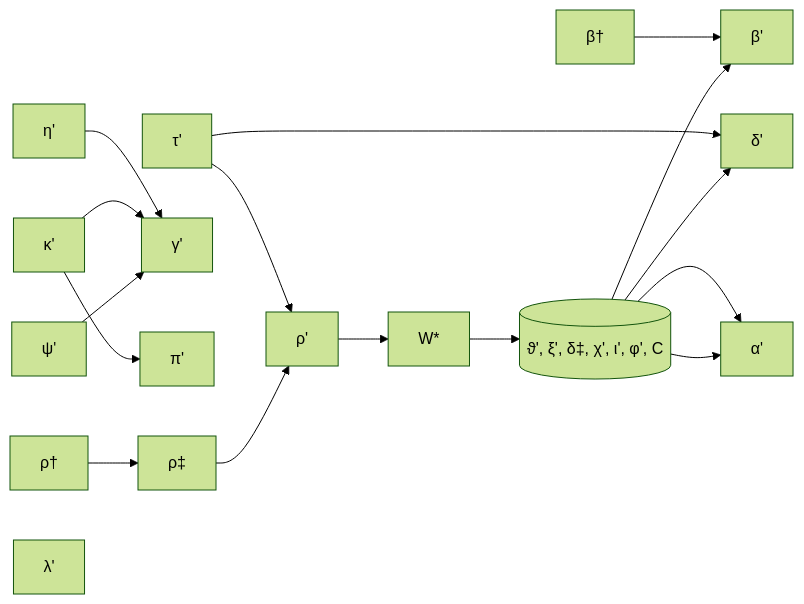
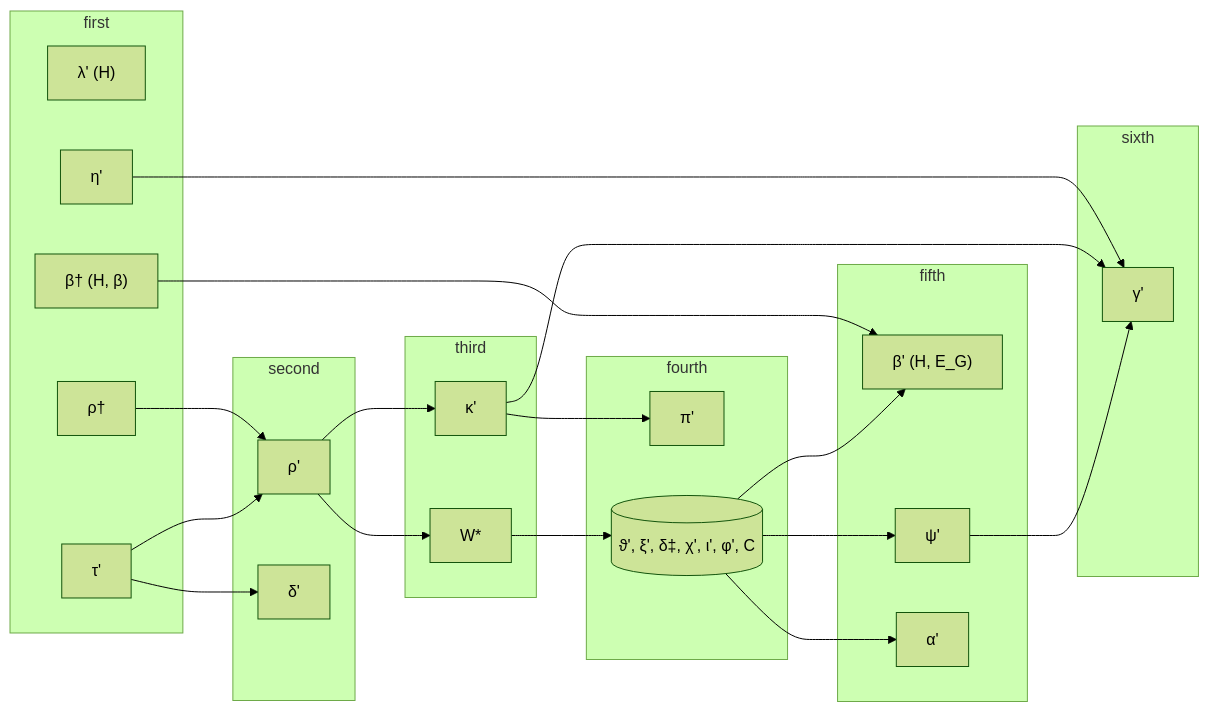
The diagram in crates/core/sync/README.md (spacejamapp/spacejam), drawn with Mermaid (forest theme) before and after one commit. The commit also changed other lines of this file and 4 other files, not shown here.

````diff
--- a/crates/core/sync/README.md
+++ b/crates/core/sync/README.md
@@ -7,55 +10,144 @@
 ```mermaid
-graph LR
-   %% The new timeslot index
-   A[τ'] --> K
-   A --> N
+flowchart LR
+   %% The new block header
+   %% H(H)
+   %% H --> TAU_PRIME
+   %% H --> BETA_DAGGER
+   %% H --> GAMMA_PRIME
+   %% H --> ETA_PRIME
+   %% H --> KAPPA_PRIME
+   %% H --> LAMBDA_PRIME
+   %% H --> OMEGA_PRIME
+
+   %% The accumulation-commitment
+   %% C(C)
+   %% C --> RHO_PRIME
+
+   %% Extrinsic guarantee
+   %% EG[[E_G]]
+   %% EG --> BETA_PRIME
+   %% EG --> RHO_PRIME
+
+   %% Extrinsic Ticket
+   %% ET[[E_T]]
+   %% ET --> GAMMA_PRIME
+   %% ET --> PI_PRIME
+
+   %% The old timeslot index
+   %% TAU((τ))
+   %% TAU --> GAMMA_PRIME
+   %% TAU --> ETA_PRIME
+   %% TAU --> KAPPA_PRIME
+   %% TAU --> LAMBDA_PRIME
+   %% TAU --> PI_PRIME
+
+
+   %% The old block history
+   %% BETA((β))
+   %% BETA --> BETA_DAGGER
+
+   %% The updated TIMESLOTchived validators
+   LAMBDA_PRIME["λ' (H)"]
 
    %% An intermediate value for block history
-   B[β†] --> C
+   BETA_DAGGER["β† (H, β)"]
+   BETA_DAGGER --> BETA_PRIME
 
    %% The updated block history
-   C[β']
+   BETA_PRIME["β' (H, E_G)"]
+
+   %% The old validator state
+   %% GAMMA((γ))
+   %% GAMMA --> GAMMA_PRIME
+   %% GAMMA --> KAPPA_PRIME
 
    %% The updated validator state
-   D[γ']
+   GAMMA_PRIME[γ']
+
+   %% The old entropy pool
+   %% ETA((η))
+   %% ETA --> ETA_PRIME
 
    %% The updated entropy pool
-   E[η'] --> D
+   ETA_PRIME[η']
+   ETA_PRIME --> GAMMA_PRIME
 
-   %% The updated archived validators
-   F[κ'] --> D
-   F --> P
+   %% The updated TIMESLOTchived validators
+   KAPPA_PRIME[κ']
+   KAPPA_PRIME --> GAMMA_PRIME
+   KAPPA_PRIME --> PI_PRIME
 
    %% An intermediate value for work reports
-   I[ρ†] --> J
+   RHO_DAGGER[ρ†]
+   RHO_DAGGER --> RHO_PRIME
 
    %%  Another intermediate value for work reports
-   J[ρ‡] --> K
+   RHO_PRIME[ρ‡]
+   RHO_PRIME --> KAPPA_PRIME
+
+   %% The new timeslot index
+   TAU_PRIME[τ']
+   TAU_PRIME --> RHO_PRIME
+   TAU_PRIME --> DELTA_PRIME
 
    %% The updated judgements
-   H[ψ'] --> D
+   PSI_PRIME[ψ']
+   PSI_PRIME --> GAMMA_PRIME
 
    %% The updated report state
-   K[ρ'] --> L
+   RHO_PRIME[ρ']
+   RHO_PRIME --> WORK_REPORTS
 
    %% The set of work-reports ready for accumulation
-   L[W*] --> M
+   WORK_REPORTS[W*]
+   WORK_REPORTS --> ACCUMULATION
 
    %% accumulation
-   M[(ϑ', ξ', δ‡, χ', ι', φ', C)] --> C
-   M --> N
-   M --> O
-   M --> O
+   ACCUMULATION[(ϑ', ξ', δ‡, χ', ι', φ', C)]
+   ACCUMULATION --> PSI_PRIME
+   ACCUMULATION --> BETA_PRIME
+   ACCUMULATION --> OMEGA_PRIME
 
    %% The updated service state
-   N[δ']
+   DELTA_PRIME[δ']
 
    %% The updated authorization pool
-   O[α']
+   OMEGA_PRIME[α']
 
    %% The updated statistics state
-   P[π']
+   PI_PRIME[π']
 
-   %% The updated archived validators
-   G[λ']
+   %% computation orders
+   subgraph "first"
+   LAMBDA_PRIME
+   RHO_DAGGER
+   TAU_PRIME
+   BETA_DAGGER
+   ETA_PRIME
+   end
+
+   subgraph "second"
+   DELTA_PRIME
+   RHO_PRIME
+   end
+
+   subgraph "third"
+   KAPPA_PRIME
+   WORK_REPORTS
+   end
+
+   subgraph "fourth"
+   PI_PRIME
+   ACCUMULATION
+   end
+
+   subgraph "fifth"
+   BETA_PRIME
+   PSI_PRIME
+   OMEGA_PRIME
+   end
+
+   subgraph "sixth"
+   GAMMA_PRIME
+   end
 ```
````
